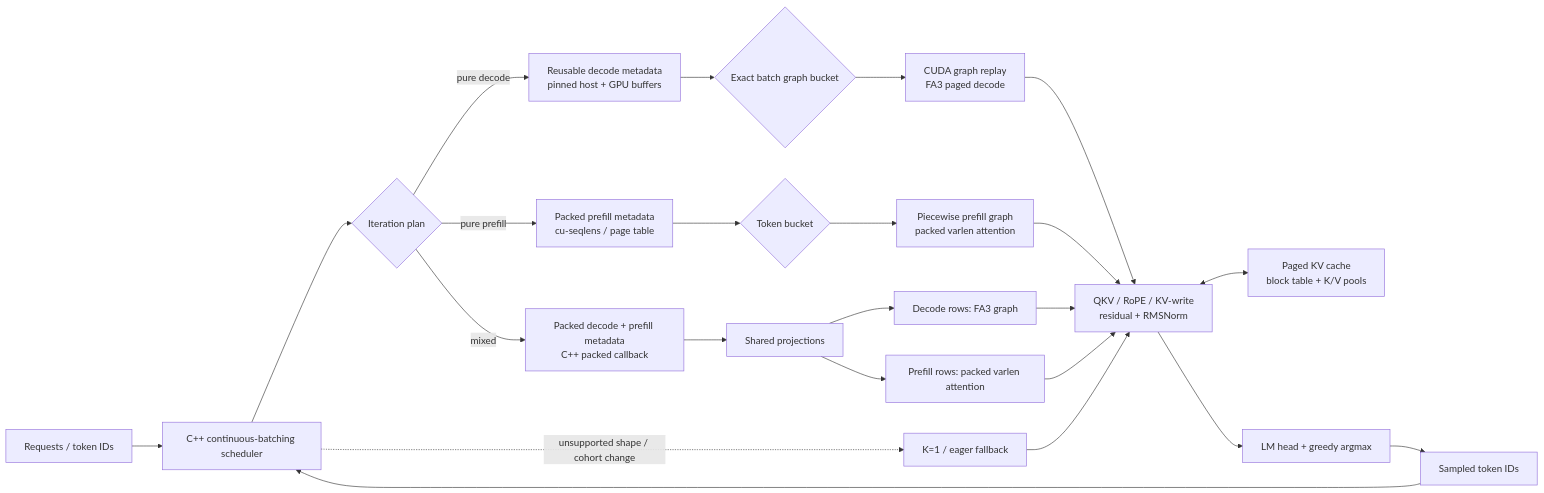
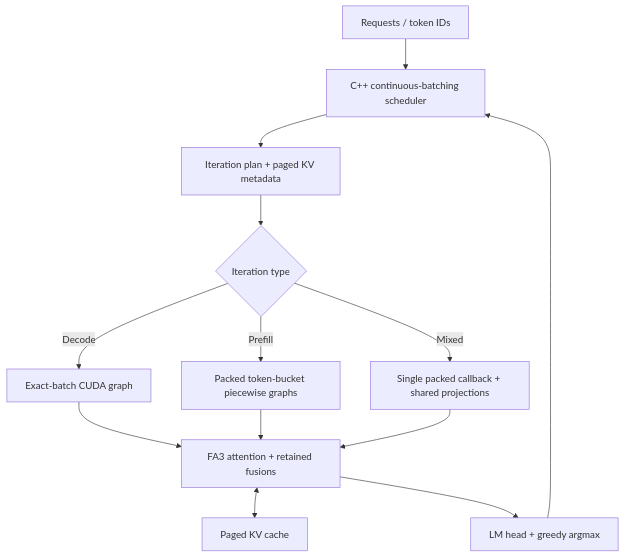
One commit to benjaminW2025/qwen-frence changed the diagram in README.md. Above: the diagram before and after it, drawn with Mermaid. The commit also changed other lines of this file, not shown here.

````diff
--- a/README.md
+++ b/README.md
@@ -38,28 +81,15 @@
 ```mermaid
-flowchart LR
+flowchart TD
     A[Requests / token IDs] --> B[C++ continuous-batching scheduler]
-    B --> C{Iteration plan}
-    C -->|pure decode| D[Reusable decode metadata<br/>pinned host + GPU buffers]
-    C -->|pure prefill| E[Packed prefill metadata<br/>cu-seqlens / page table]
-    C -->|mixed| F[Packed decode + prefill metadata<br/>C++ packed callback]
-
-    D --> G{Exact batch graph bucket}
-    G --> H[CUDA graph replay<br/>FA3 paged decode]
-    E --> I{Token bucket}
-    I --> J[Piecewise prefill graph<br/>packed varlen attention]
-    F --> K[Shared projections]
-    K --> L[Decode rows: FA3 graph]
-    K --> M[Prefill rows: packed varlen attention]
-
-    H --> N[QKV / RoPE / KV-write<br/>residual + RMSNorm]
-    J --> N
-    L --> N
-    M --> N
-    N <--> O[Paged KV cache<br/>block table + K/V pools]
-    N --> P[LM head + greedy argmax]
-    P --> Q[Sampled token IDs]
-    Q --> B
-
-    B -. unsupported shape / cohort change .-> R[K=1 / eager fallback]
-    R --> N
+    B --> C[Iteration plan + paged KV metadata]
+    C --> D{Iteration type}
+    D -->|Decode| E[Exact-batch CUDA graph]
+    D -->|Prefill| F[Packed token-bucket piecewise graphs]
+    D -->|Mixed| G[Single packed callback + shared projections]
+    E --> H[FA3 attention + retained fusions]
+    F --> H
+    G --> H
+    H <--> I[Paged KV cache]
+    H --> J[LM head + greedy argmax]
+    J --> B
 ```
````
